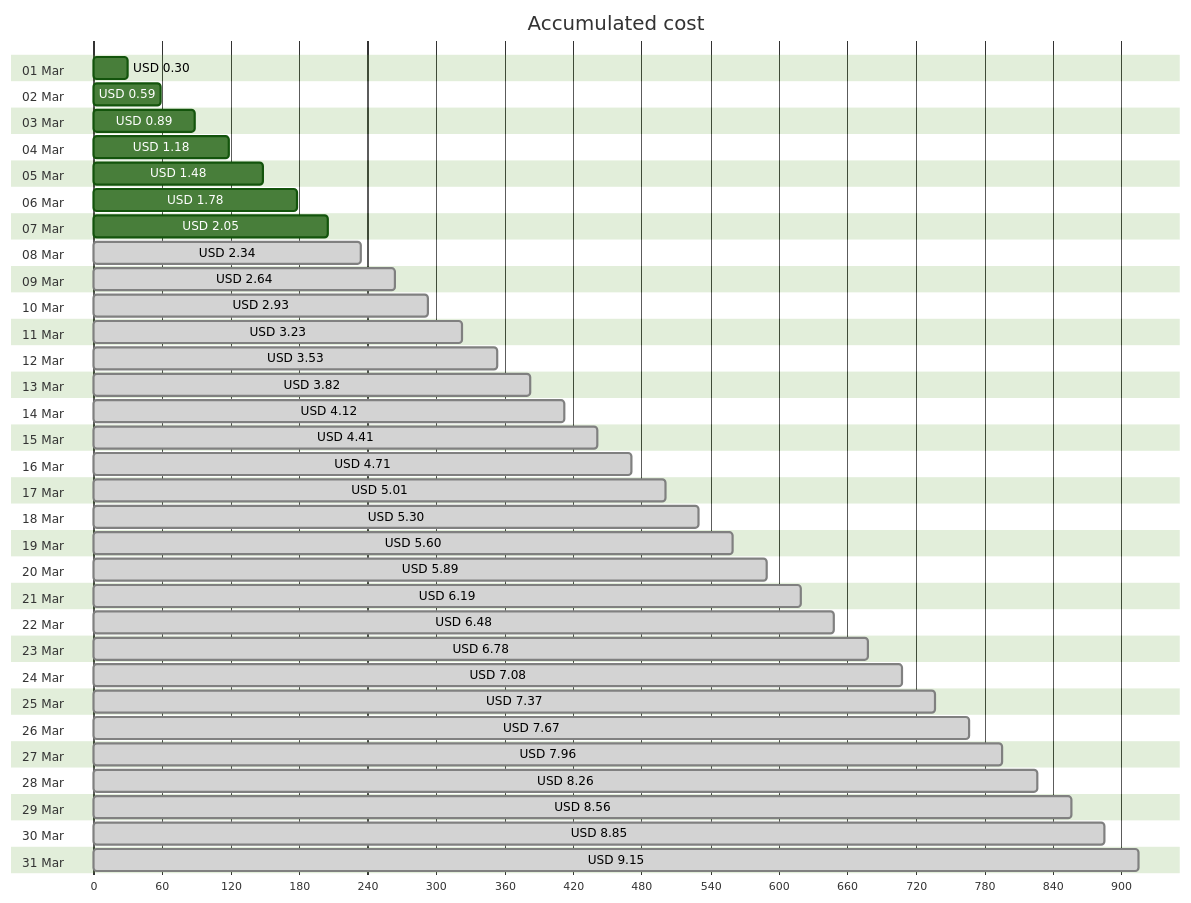
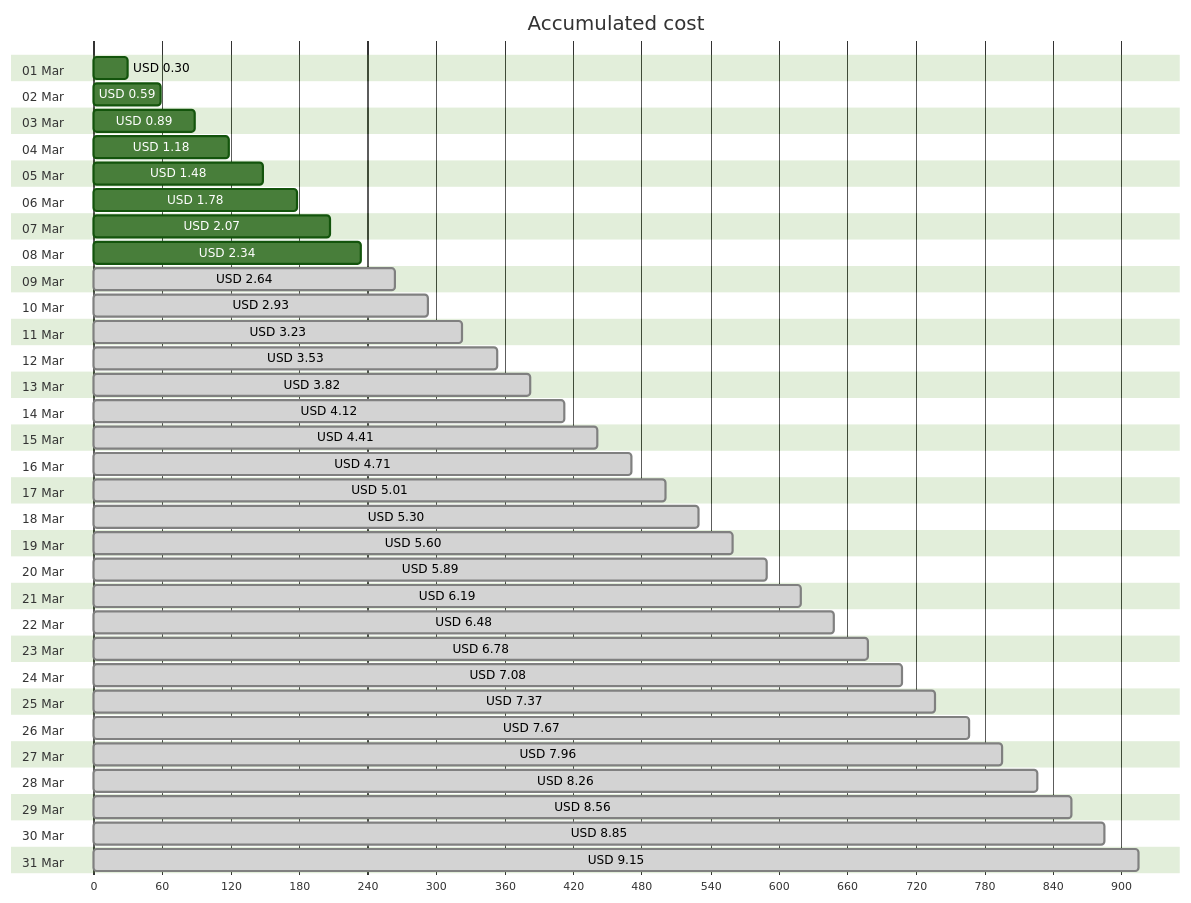
One commit to jpfulton/azure-personal-reports changed the first of 4 diagrams in cost-reports/personal-site/personal-site.md. Above: the diagram before and after it, drawn with Mermaid (forest theme). The commit also changed other lines of this file and 6 other files, not shown here.

````diff
--- a/cost-reports/personal-site/personal-site.md
+++ b/cost-reports/personal-site/personal-site.md
@@ -20,68 +20,68 @@
 ```mermaid
 gantt
    title Accumulated cost
    dateFormat  X
    axisFormat %s
    section 01 Mar
    USD 0.30 :0, 30
    section 02 Mar
    USD 0.59 :0, 59
    section 03 Mar
    USD 0.89 :0, 89
    section 04 Mar
    USD 1.18 :0, 118
    section 05 Mar
    USD 1.48 :0, 148
    section 06 Mar
    USD 1.78 :0, 178
    section 07 Mar
-   USD 2.05 :0, 205
+   USD 2.07 :0, 207
    section 08 Mar
-   USD 2.34 : done, 0, 234
+   USD 2.34 :0, 234
    section 09 Mar
    USD 2.64 : done, 0, 264
    section 10 Mar
    USD 2.93 : done, 0, 293
    section 11 Mar
    USD 3.23 : done, 0, 323
    section 12 Mar
    USD 3.53 : done, 0, 353
    section 13 Mar
    USD 3.82 : done, 0, 382
    section 14 Mar
    USD 4.12 : done, 0, 412
    section 15 Mar
    USD 4.41 : done, 0, 441
    section 16 Mar
    USD 4.71 : done, 0, 471
    section 17 Mar
    USD 5.01 : done, 0, 501
    section 18 Mar
    USD 5.30 : done, 0, 530
    section 19 Mar
    USD 5.60 : done, 0, 560
    section 20 Mar
    USD 5.89 : done, 0, 589
    section 21 Mar
    USD 6.19 : done, 0, 619
    section 22 Mar
    USD 6.48 : done, 0, 648
    section 23 Mar
    USD 6.78 : done, 0, 678
    section 24 Mar
    USD 7.08 : done, 0, 708
    section 25 Mar
    USD 7.37 : done, 0, 737
    section 26 Mar
    USD 7.67 : done, 0, 767
    section 27 Mar
    USD 7.96 : done, 0, 796
    section 28 Mar
    USD 8.26 : done, 0, 826
    section 29 Mar
    USD 8.56 : done, 0, 856
    section 30 Mar
    USD 8.85 : done, 0, 885
    section 31 Mar
    USD 9.15 : done, 0, 915
 ```
````
